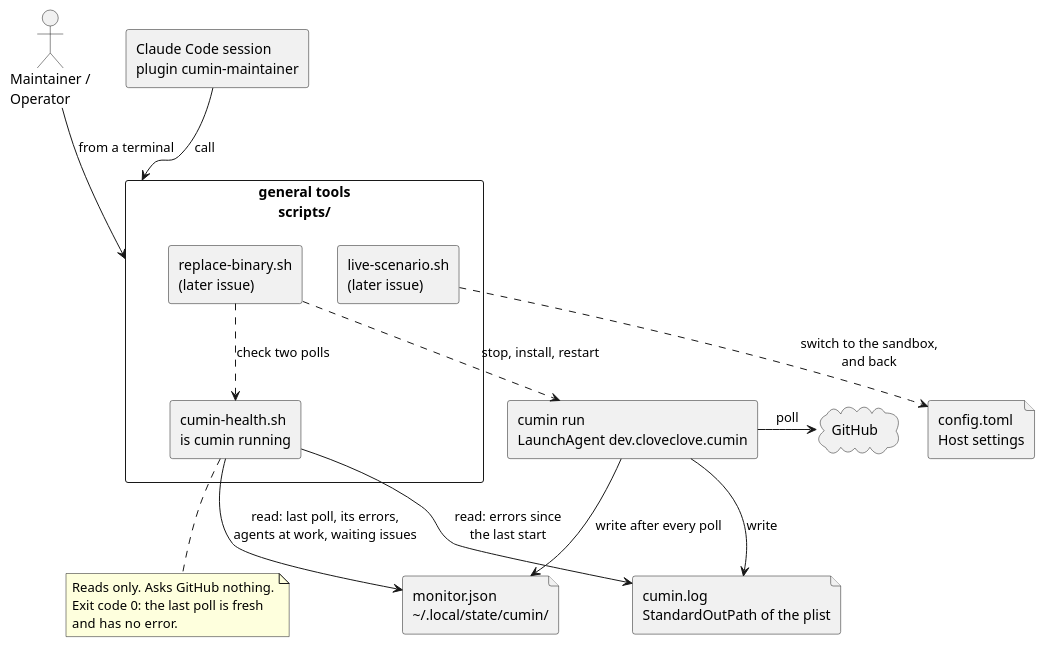
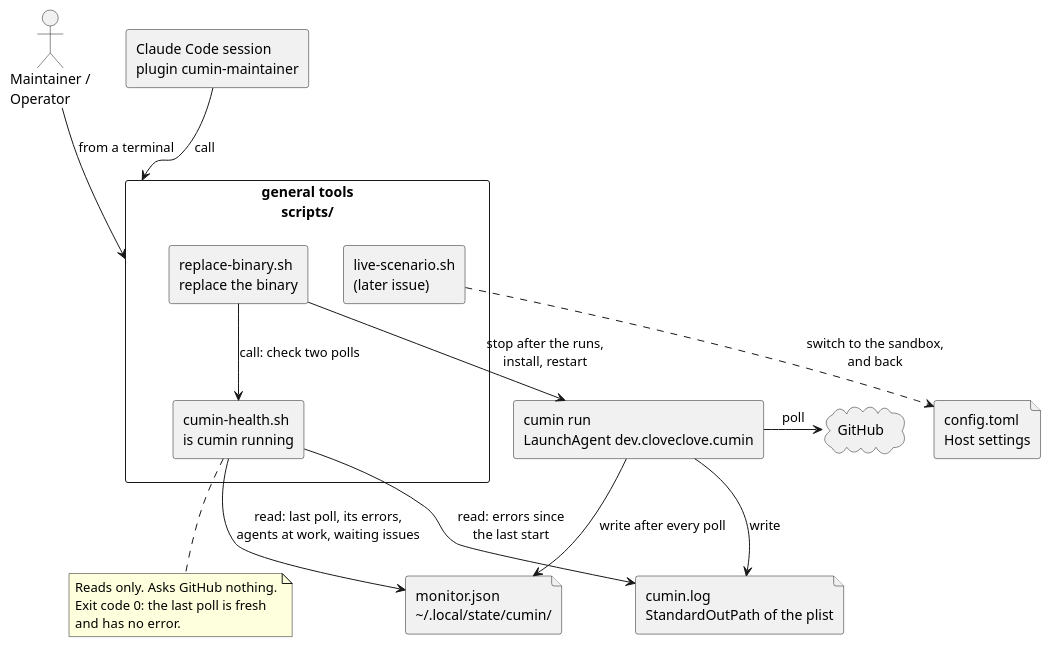
One commit to cloveclovedev/cumin-works changed the diagram in docs/ja/guides/host-tools.puml. Above: the diagram before and after it, drawn with PlantUML. The commit also changed 9 other files, not shown here.

```diff
--- a/docs/ja/guides/host-tools.puml
+++ b/docs/ja/guides/host-tools.puml
@@ -1,41 +1,41 @@
 @startuml host-tools
 ' cumin works - the general tools of the Host: who calls them, and what each one reads or changes.
 ' Document: host-tools.md, topic on what the general tools are.
 ' Render: run scripts/render-diagrams.sh at the root of the repository.
 skinparam shadowing false
 skinparam defaultFontName sans-serif
 
 actor "Maintainer /\nOperator" as person
 rectangle "Claude Code session\nplugin cumin-maintainer" as session
 
 rectangle "general tools\nscripts/" as tools {
   rectangle "cumin-health.sh\nis cumin running" as health
-  rectangle "replace-binary.sh\n(later issue)" as replace
+  rectangle "replace-binary.sh\nreplace the binary" as replace
   rectangle "live-scenario.sh\n(later issue)" as live
 }
 
 rectangle "cumin run\nLaunchAgent dev.cloveclove.cumin" as run
 file "monitor.json\n&#126;/.local/state/cumin/" as monitor
 file "cumin.log\nStandardOutPath of the plist" as log
 file "config.toml\nHost settings" as settings
 cloud "GitHub" as github
 
 person --> tools : from a terminal
 session --> tools : call
 
 run --> monitor : write after every poll
 run --> log : write
 run -right-> github : poll
 
 health --> monitor : read: last poll, its errors,\nagents at work, waiting issues
 health --> log : read: errors since\nthe last start
-replace ..> run : stop, install, restart
-replace ..> health : check two polls
+replace --> run : stop after the runs,\ninstall, restart
+replace --> health : call: check two polls
 live ..> settings : switch to the sandbox,\nand back
 
 note bottom of health
   Reads only. Asks GitHub nothing.
   Exit code 0: the last poll is fresh
   and has no error.
 end note
 @enduml
```
